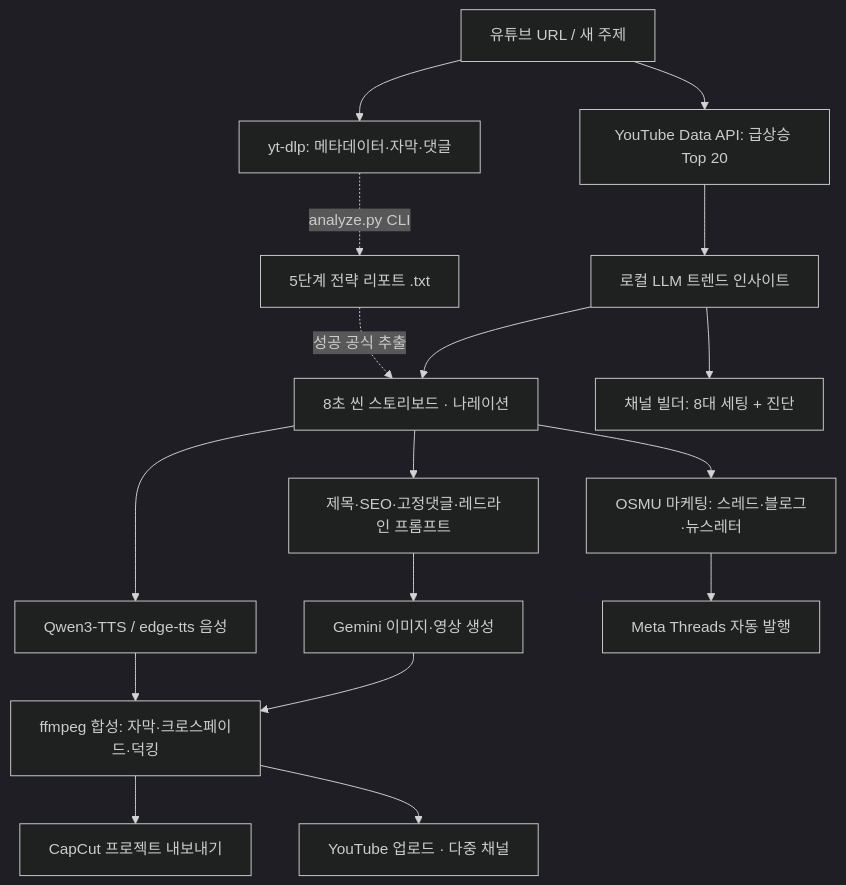
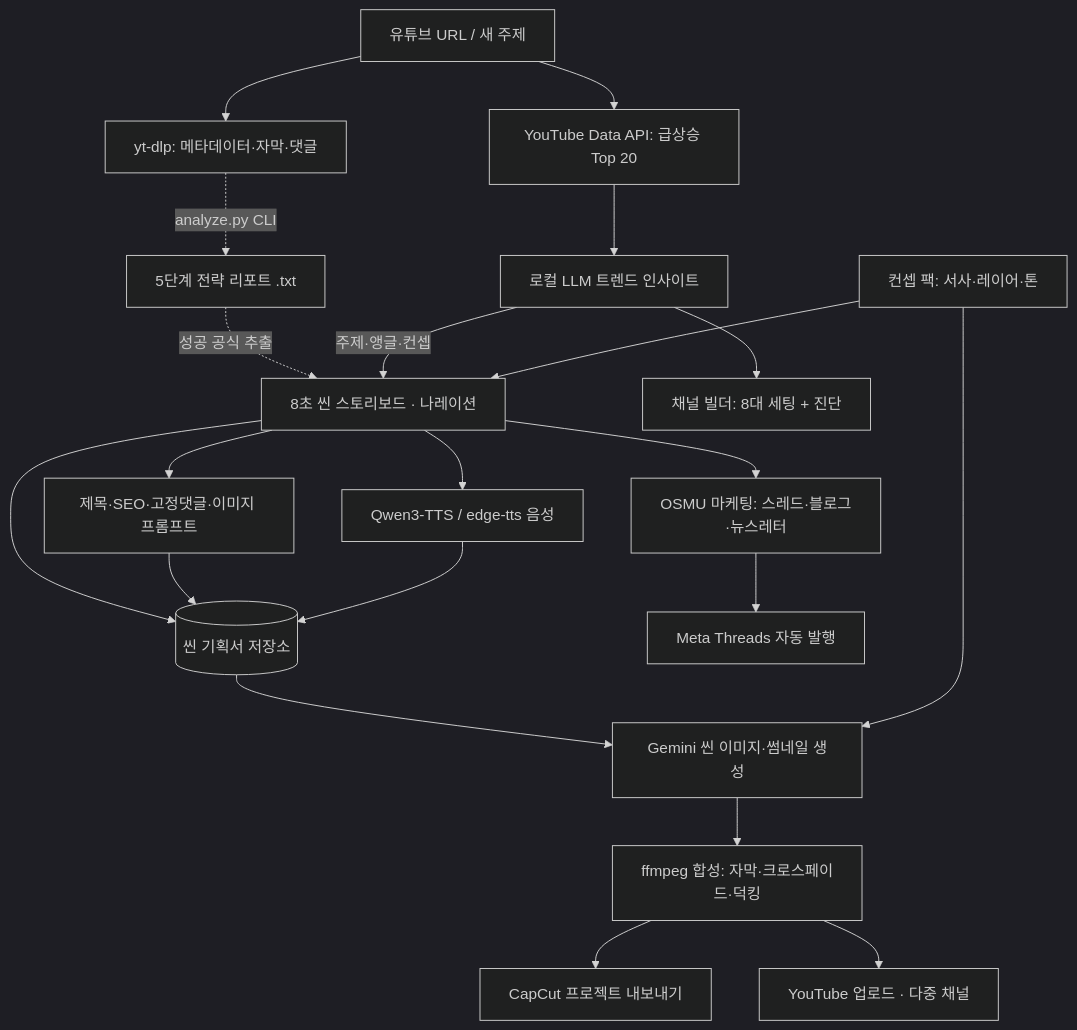
Before and after one commit to casareborgia/youtube-video-analysis: the diagram in README.md, drawn with Mermaid (dark theme). The commit also changed other lines of this file, not shown here.

````diff
--- a/README.md
+++ b/README.md
@@ -111,24 +124,28 @@
 ```mermaid
 graph TD
     A[유튜브 URL / 새 주제]
 
     A --> B[yt-dlp: 메타데이터·자막·댓글]
     A --> C[YouTube Data API: 급상승 Top 20]
     B -.->|analyze.py CLI| R[5단계 전략 리포트 .txt]
     C --> D[로컬 LLM 트렌드 인사이트]
     R -.->|성공 공식 추출| F
 
     D --> E[채널 빌더: 8대 세팅 + 진단]
-    D --> F[8초 씬 스토리보드 · 나레이션]
-    F --> G[제목·SEO·고정댓글·레드라인 프롬프트]
+    D -->|주제·앵글·컨셉| F[8초 씬 스토리보드 · 나레이션]
+    CP[컨셉 팩: 서사·레이어·톤] --> F
+    F --> G[제목·SEO·고정댓글·이미지 프롬프트]
 
     F --> H[Qwen3-TTS / edge-tts 음성]
-    G --> I[Gemini 이미지·영상 생성]
-    H --> J[ffmpeg 합성: 자막·크로스페이드·덕킹]
-    I --> J
+    F --> S[(씬 기획서 저장소)]
+    G --> S
+    H --> S
+    S --> I[Gemini 씬 이미지·썸네일 생성]
+    CP --> I
+    I --> J[ffmpeg 합성: 자막·크로스페이드·덕킹]
     J --> K[CapCut 프로젝트 내보내기]
 
     J --> L[YouTube 업로드 · 다중 채널]
     F --> M[OSMU 마케팅: 스레드·블로그·뉴스레터]
     M --> N[Meta Threads 자동 발행]
 ```
````
